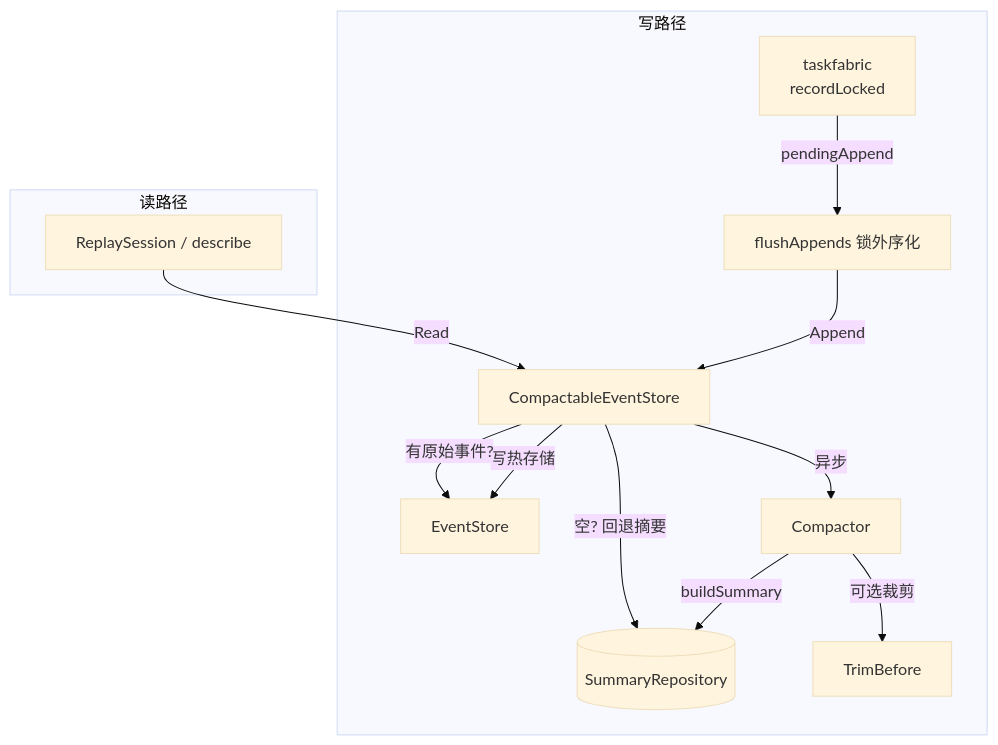
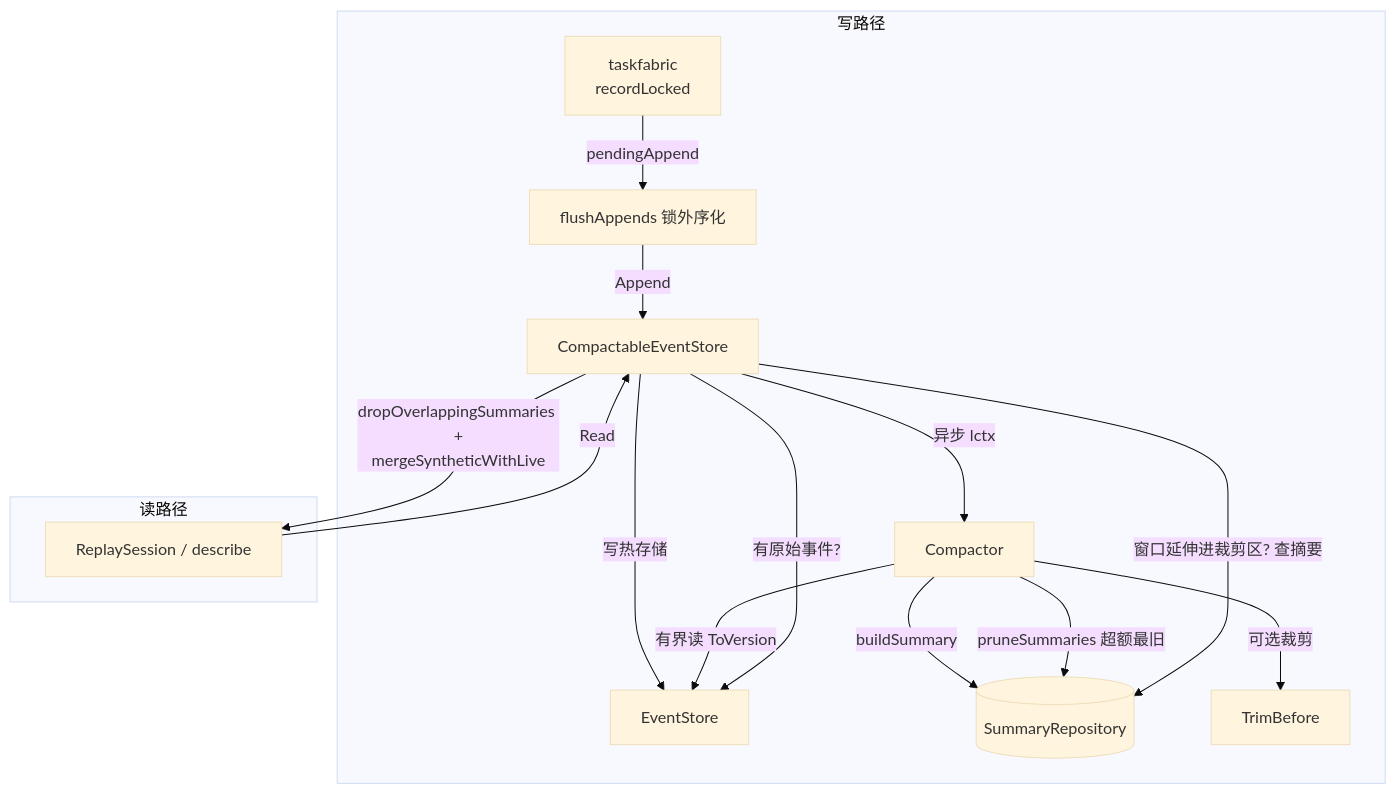
The sixth of 6 diagrams in docs/articles/zh/08-event-system-deep-dive.md (Timwood0x10/ARES), drawn with Mermaid (base theme) before and after one commit. The commit also changed other lines of this file and 3 other files, not shown here.

````diff
--- a/docs/articles/zh/08-event-system-deep-dive.md
+++ b/docs/articles/zh/08-event-system-deep-dive.md
@@ -385,17 +436,20 @@
 ```mermaid
 graph TB
     subgraph "写路径"
         F[taskfabric\nrecordLocked] -->|pendingAppend| FE[flushAppends 锁外序化]
         FE -->|Append| CES[CompactableEventStore]
         CES -->|写热存储| ES[EventStore]
-        CES -->|异步| CP[Compactor]
+        CES -->|异步 lctx| CP[Compactor]
+        CP -->|有界读 ToVersion| ES
         CP -->|buildSummary| SR[(SummaryRepository)]
+        CP -->|pruneSummaries 超额最旧| SR
         CP -->|可选裁剪| TS[TrimBefore]
     end
 
     subgraph "读路径"
         FL[ReplaySession / describe] -->|Read| CES
         CES -->|有原始事件?| ES
-        CES -->|空? 回退摘要| SR
+        CES -->|窗口延伸进裁剪区? 查摘要| SR
+        CES -->|dropOverlappingSummaries +\nmergeSyntheticWithLive| FL
     end
 ```
````
